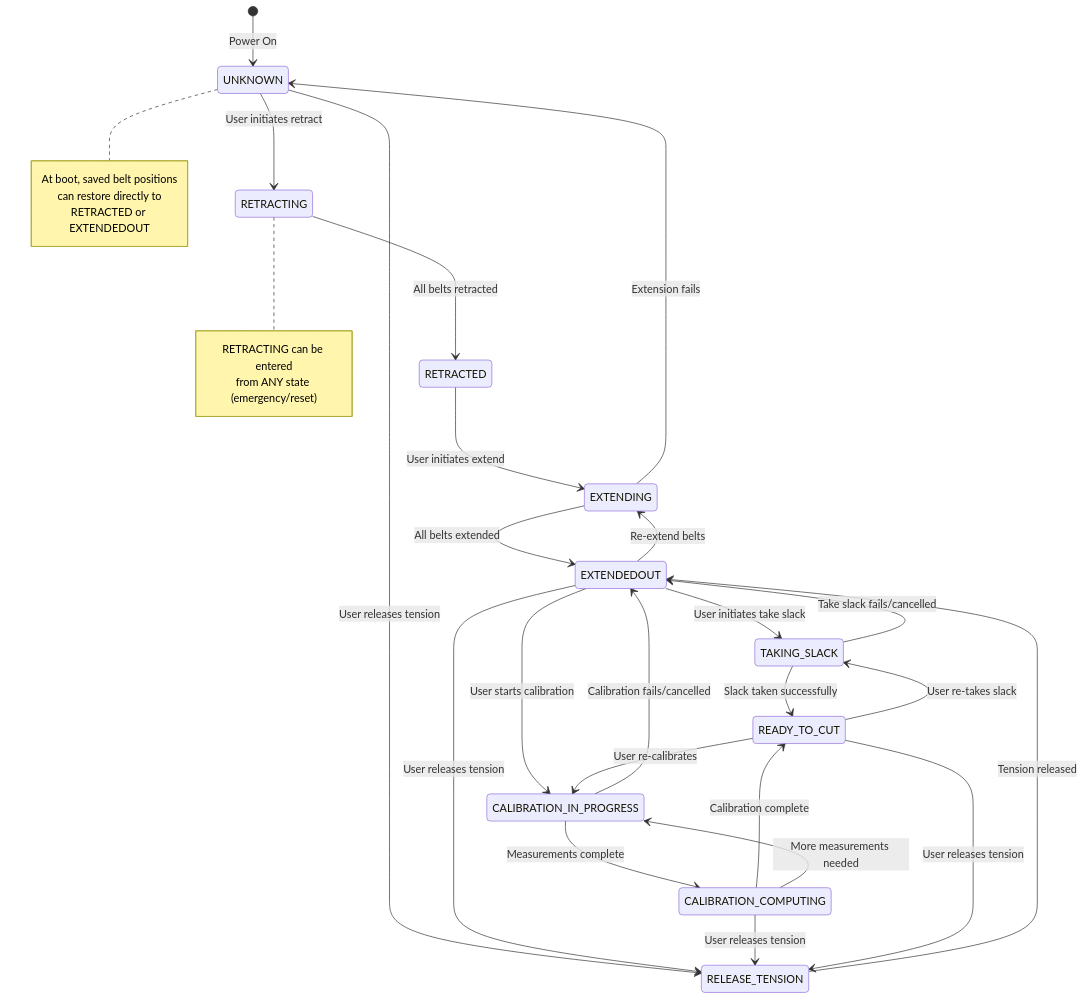
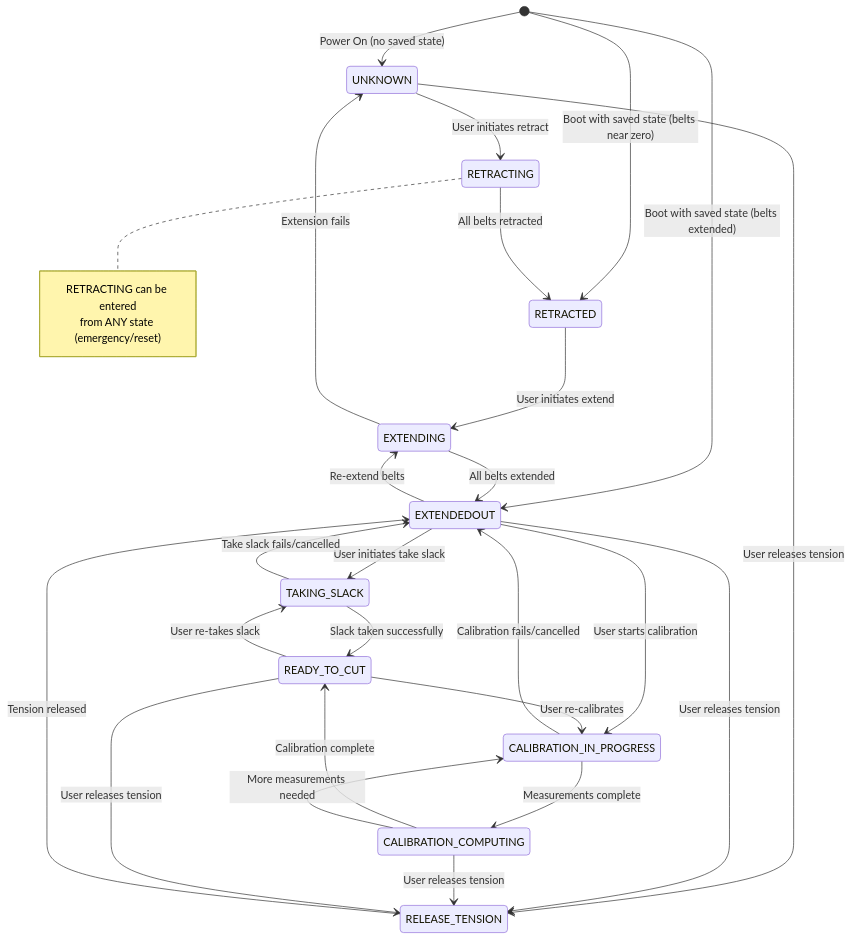
One commit to MaslowCNC/Maslow_4 changed the diagram in docs/state-diagram.md. Above: the diagram before and after it, drawn with Mermaid. The commit also changed other lines of this file, not shown here.

Commit message:
Add boot state restoration details to state diagram

````diff
--- a/docs/state-diagram.md
+++ b/docs/state-diagram.md
@@ -22,58 +22,53 @@
 ```mermaid
 stateDiagram-v2
-    [*] --> UNKNOWN: Power On
+    [*] --> UNKNOWN: Power On (no saved state)
+    [*] --> RETRACTED: Boot with saved state (belts near zero)
+    [*] --> EXTENDEDOUT: Boot with saved state (belts extended)
 
     %% UNKNOWN transitions
     UNKNOWN --> RETRACTING: User initiates retract
     UNKNOWN --> RELEASE_TENSION: User releases tension
 
     %% RETRACTING transitions
     RETRACTING --> RETRACTED: All belts retracted
 
     %% RETRACTED transitions
     RETRACTED --> EXTENDING: User initiates extend
 
     %% EXTENDING transitions
     EXTENDING --> EXTENDEDOUT: All belts extended
     EXTENDING --> UNKNOWN: Extension fails
 
     %% EXTENDEDOUT transitions
     EXTENDEDOUT --> EXTENDING: Re-extend belts
     EXTENDEDOUT --> TAKING_SLACK: User initiates take slack
     EXTENDEDOUT --> CALIBRATION_IN_PROGRESS: User starts calibration
     EXTENDEDOUT --> RELEASE_TENSION: User releases tension
 
     %% TAKING_SLACK transitions
     TAKING_SLACK --> READY_TO_CUT: Slack taken successfully
     TAKING_SLACK --> EXTENDEDOUT: Take slack fails/cancelled
 
     %% CALIBRATION_IN_PROGRESS transitions
     CALIBRATION_IN_PROGRESS --> CALIBRATION_COMPUTING: Measurements complete
     CALIBRATION_IN_PROGRESS --> EXTENDEDOUT: Calibration fails/cancelled
 
     %% CALIBRATION_COMPUTING transitions
     CALIBRATION_COMPUTING --> READY_TO_CUT: Calibration complete
     CALIBRATION_COMPUTING --> CALIBRATION_IN_PROGRESS: More measurements needed
     CALIBRATION_COMPUTING --> RELEASE_TENSION: User releases tension
 
     %% READY_TO_CUT transitions
     READY_TO_CUT --> TAKING_SLACK: User re-takes slack
     READY_TO_CUT --> CALIBRATION_IN_PROGRESS: User re-calibrates
     READY_TO_CUT --> RELEASE_TENSION: User releases tension
 
     %% RELEASE_TENSION transitions
     RELEASE_TENSION --> EXTENDEDOUT: Tension released
 
     %% Global transitions (available from any state)
     note right of RETRACTING
         RETRACTING can be entered
         from ANY state (emergency/reset)
     end note
-
-    %% Boot restoration (direct state assignment)
-    note right of UNKNOWN
-        At boot, saved belt positions
-        can restore directly to
-        RETRACTED or EXTENDEDOUT
-    end note
 ```
````
